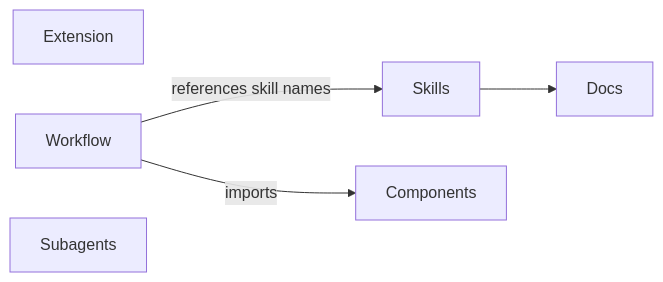
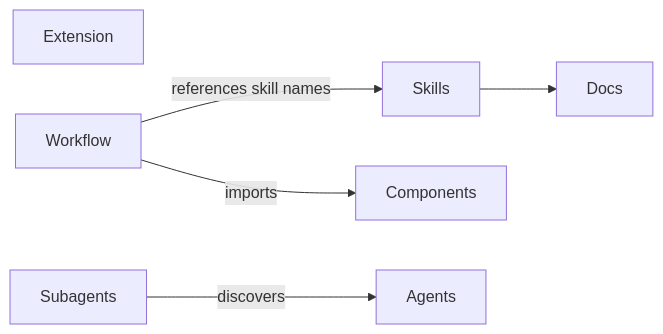
One commit to alennartz/my-pi changed the first of 2 diagrams in codemap.md. Above: the diagram before and after it, drawn with Mermaid. The commit also changed other lines of this file and 5 other files, not shown here.

````diff
--- a/codemap.md
+++ b/codemap.md
@@ -7,9 +7,10 @@
 ```mermaid
 graph LR
   Skills --> Docs
   Extension
   Workflow -->|references skill names| Skills
   Workflow -->|imports| Components
   Components
-  Subagents
+  Subagents -->|discovers| Agents
+  Agents
 ```
````
